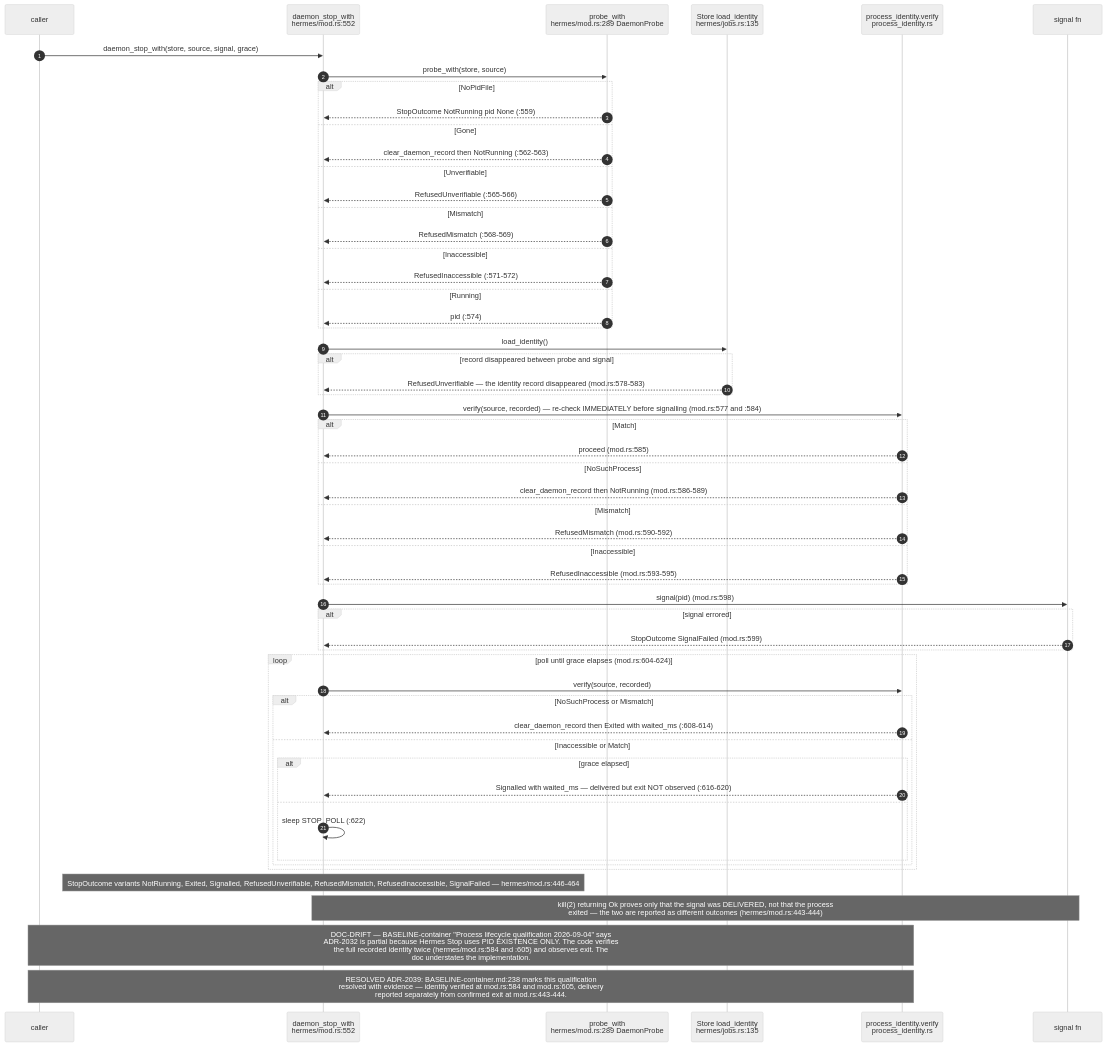
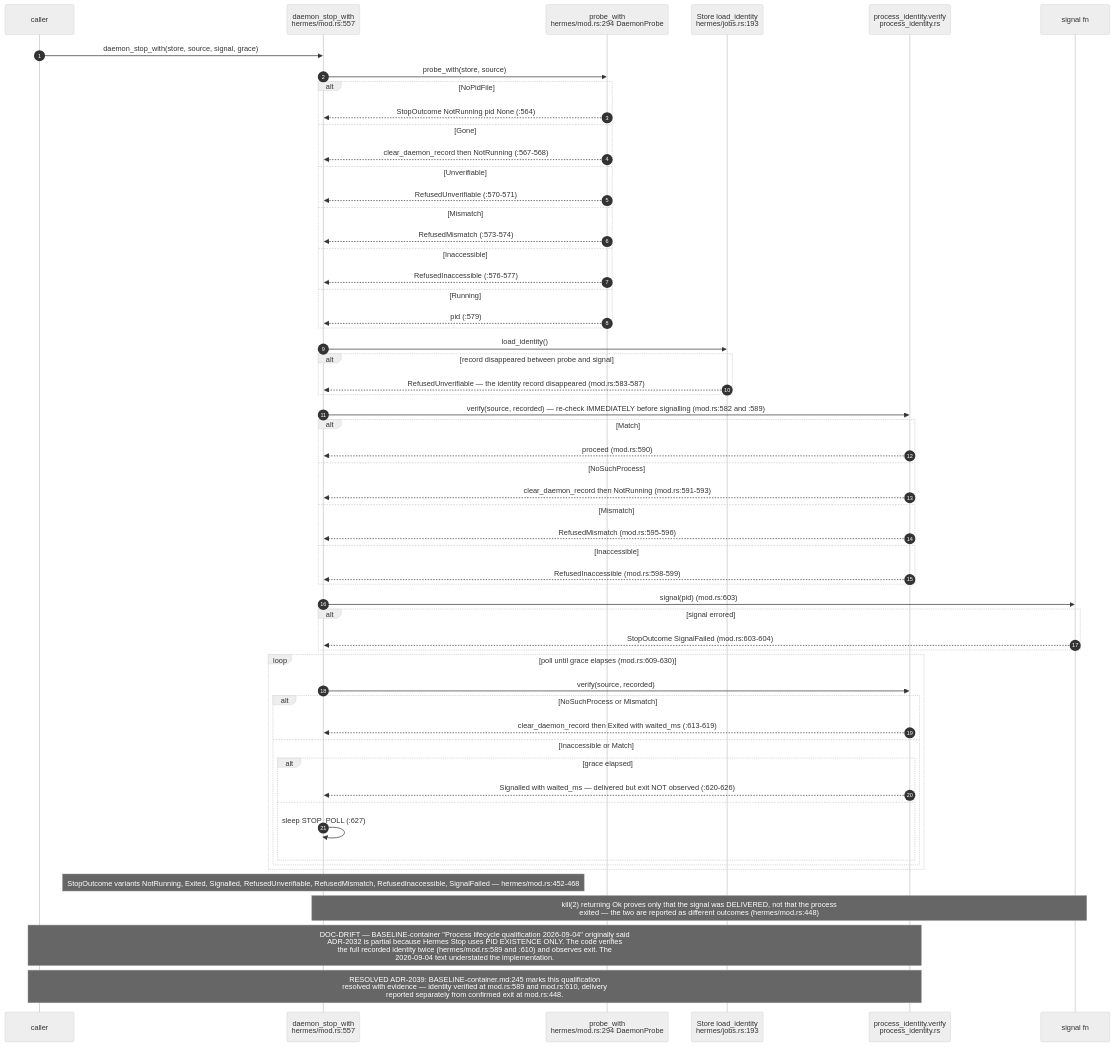
The sixth of 11 diagrams in docs/diagrams/agentbox/07-daemons-reapers-cron-backups.md (DreamLab-AI/VisionFlow), drawn with Mermaid (neutral theme) before and after one commit. The commit also changed other lines of this file and 136 other files, not shown here.

First line of the commit message:
docs(diagrams): refresh the whole corpus to code HEAD and prune low-value diagrams

````diff
--- a/docs/diagrams/agentbox/07-daemons-reapers-cron-backups.md
+++ b/docs/diagrams/agentbox/07-daemons-reapers-cron-backups.md
@@ -220,60 +221,60 @@
 ```mermaid
 sequenceDiagram
     autonumber
     participant C as caller
-    participant S as daemon_stop_with<br/>hermes/mod.rs:552
-    participant P as probe_with<br/>hermes/mod.rs:289 DaemonProbe
-    participant ST as Store load_identity<br/>hermes/jobs.rs:135
+    participant S as daemon_stop_with<br/>hermes/mod.rs:557
+    participant P as probe_with<br/>hermes/mod.rs:294 DaemonProbe
+    participant ST as Store load_identity<br/>hermes/jobs.rs:193
     participant V as process_identity.verify<br/>process_identity.rs
     participant SIG as signal fn
 
     C->>S: daemon_stop_with(store, source, signal, grace)
     S->>P: probe_with(store, source)
     alt NoPidFile
-        P-->>S: StopOutcome NotRunning pid None (:559)
+        P-->>S: StopOutcome NotRunning pid None (:564)
     else Gone
-        P-->>S: clear_daemon_record then NotRunning (:562-563)
+        P-->>S: clear_daemon_record then NotRunning (:567-568)
     else Unverifiable
-        P-->>S: RefusedUnverifiable (:565-566)
+        P-->>S: RefusedUnverifiable (:570-571)
     else Mismatch
-        P-->>S: RefusedMismatch (:568-569)
+        P-->>S: RefusedMismatch (:573-574)
     else Inaccessible
-        P-->>S: RefusedInaccessible (:571-572)
+        P-->>S: RefusedInaccessible (:576-577)
     else Running
-        P-->>S: pid (:574)
+        P-->>S: pid (:579)
     end
     S->>ST: load_identity()
     alt record disappeared between probe and signal
-        ST-->>S: RefusedUnverifiable — the identity record disappeared (mod.rs:578-583)
+        ST-->>S: RefusedUnverifiable — the identity record disappeared (mod.rs:583-587)
     end
-    S->>V: verify(source, recorded) — re-check IMMEDIATELY before signalling (mod.rs:577 and :584)
+    S->>V: verify(source, recorded) — re-check IMMEDIATELY before signalling (mod.rs:582 and :589)
     alt Match
-        V-->>S: proceed (mod.rs:585)
+        V-->>S: proceed (mod.rs:590)
     else NoSuchProcess
-        V-->>S: clear_daemon_record then NotRunning (mod.rs:586-589)
+        V-->>S: clear_daemon_record then NotRunning (mod.rs:591-593)
     else Mismatch
-        V-->>S: RefusedMismatch (mod.rs:590-592)
+        V-->>S: RefusedMismatch (mod.rs:595-596)
     else Inaccessible
-        V-->>S: RefusedInaccessible (mod.rs:593-595)
+        V-->>S: RefusedInaccessible (mod.rs:598-599)
     end
-    S->>SIG: signal(pid) (mod.rs:598)
+    S->>SIG: signal(pid) (mod.rs:603)
     alt signal errored
-        SIG-->>S: StopOutcome SignalFailed (mod.rs:599)
+        SIG-->>S: StopOutcome SignalFailed (mod.rs:603-604)
     end
-    loop poll until grace elapses (mod.rs:604-624)
+    loop poll until grace elapses (mod.rs:609-630)
         S->>V: verify(source, recorded)
         alt NoSuchProcess or Mismatch
-            V-->>S: clear_daemon_record then Exited with waited_ms (:608-614)
+            V-->>S: clear_daemon_record then Exited with waited_ms (:613-619)
         else Inaccessible or Match
             alt grace elapsed
-                V-->>S: Signalled with waited_ms — delivered but exit NOT observed (:616-620)
+                V-->>S: Signalled with waited_ms — delivered but exit NOT observed (:620-626)
             else
-                S->>S: sleep STOP_POLL (:622)
+                S->>S: sleep STOP_POLL (:627)
             end
         end
     end
-    Note over S: StopOutcome variants NotRunning, Exited, Signalled, RefusedUnverifiable, RefusedMismatch, RefusedInaccessible, SignalFailed — hermes/mod.rs:446-464
-    Note over S,SIG: kill(2) returning Ok proves only that the signal was DELIVERED, not that the process<br/>exited — the two are reported as different outcomes (hermes/mod.rs:443-444)
-    Note over C,V: DOC-DRIFT — BASELINE-container "Process lifecycle qualification 2026-09-04" says<br/>ADR-2032 is partial because Hermes Stop uses PID EXISTENCE ONLY. The code verifies<br/>the full recorded identity twice (hermes/mod.rs:584 and :605) and observes exit. The<br/>doc understates the implementation.
-    Note over C,V: RESOLVED ADR-2039: BASELINE-container.md:238 marks this qualification<br/>resolved with evidence — identity verified at mod.rs:584 and mod.rs:605, delivery<br/>reported separately from confirmed exit at mod.rs:443-444.
+    Note over S: StopOutcome variants NotRunning, Exited, Signalled, RefusedUnverifiable, RefusedMismatch, RefusedInaccessible, SignalFailed — hermes/mod.rs:452-468
+    Note over S,SIG: kill(2) returning Ok proves only that the signal was DELIVERED, not that the process<br/>exited — the two are reported as different outcomes (hermes/mod.rs:448)
+    Note over C,V: DOC-DRIFT — BASELINE-container "Process lifecycle qualification 2026-09-04" originally said<br/>ADR-2032 is partial because Hermes Stop uses PID EXISTENCE ONLY. The code verifies<br/>the full recorded identity twice (hermes/mod.rs:589 and :610) and observes exit. The<br/>2026-09-04 text understated the implementation.
+    Note over C,V: RESOLVED ADR-2039: BASELINE-container.md:245 marks this qualification<br/>resolved with evidence — identity verified at mod.rs:589 and mod.rs:610, delivery<br/>reported separately from confirmed exit at mod.rs:448.
 ```
````
